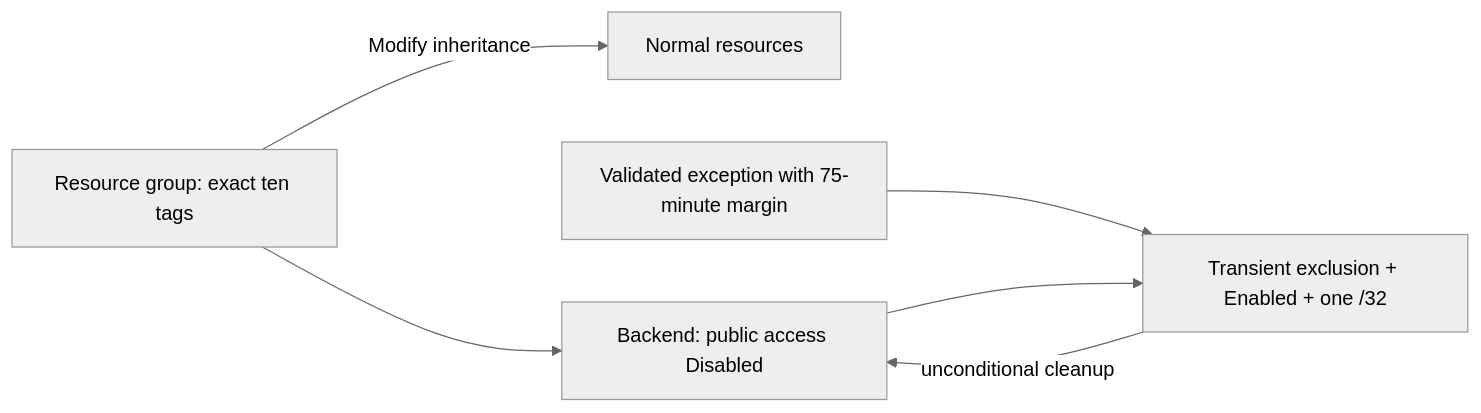
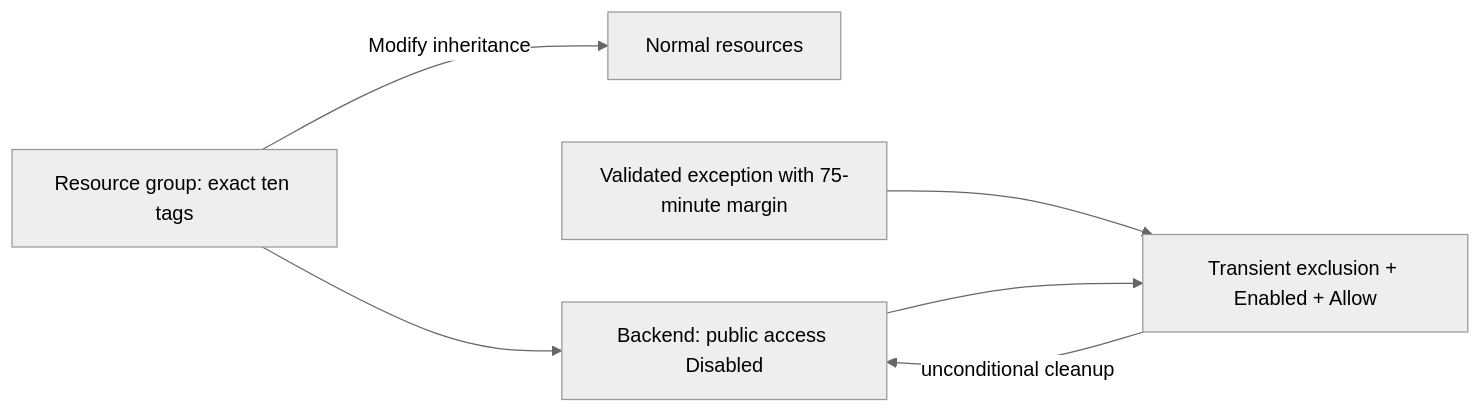
One commit to jonathan-vella/apex-vnext changed the diagram in agent-output/vnext-qualification/04-governance-constraints.md. Above: the diagram before and after it, drawn with Mermaid (neutral theme). The commit also changed other lines of this file and 14 other files, not shown here.

````diff
--- a/agent-output/vnext-qualification/04-governance-constraints.md
+++ b/agent-output/vnext-qualification/04-governance-constraints.md
@@ -150,8 +150,8 @@
 ```mermaid
 flowchart LR
     RG["Resource group: exact ten tags"] -->|Modify inheritance| RES["Normal resources"]
     RG --> IDLE["Backend: public access Disabled"]
-    EX["Validated exception with 75-minute margin"] --> SESSION["Transient exclusion + Enabled + one /32"]
+    EX["Validated exception with 75-minute margin"] --> SESSION["Transient exclusion + Enabled + Allow"]
     IDLE --> SESSION
     SESSION -->|unconditional cleanup| IDLE
 ```
````
